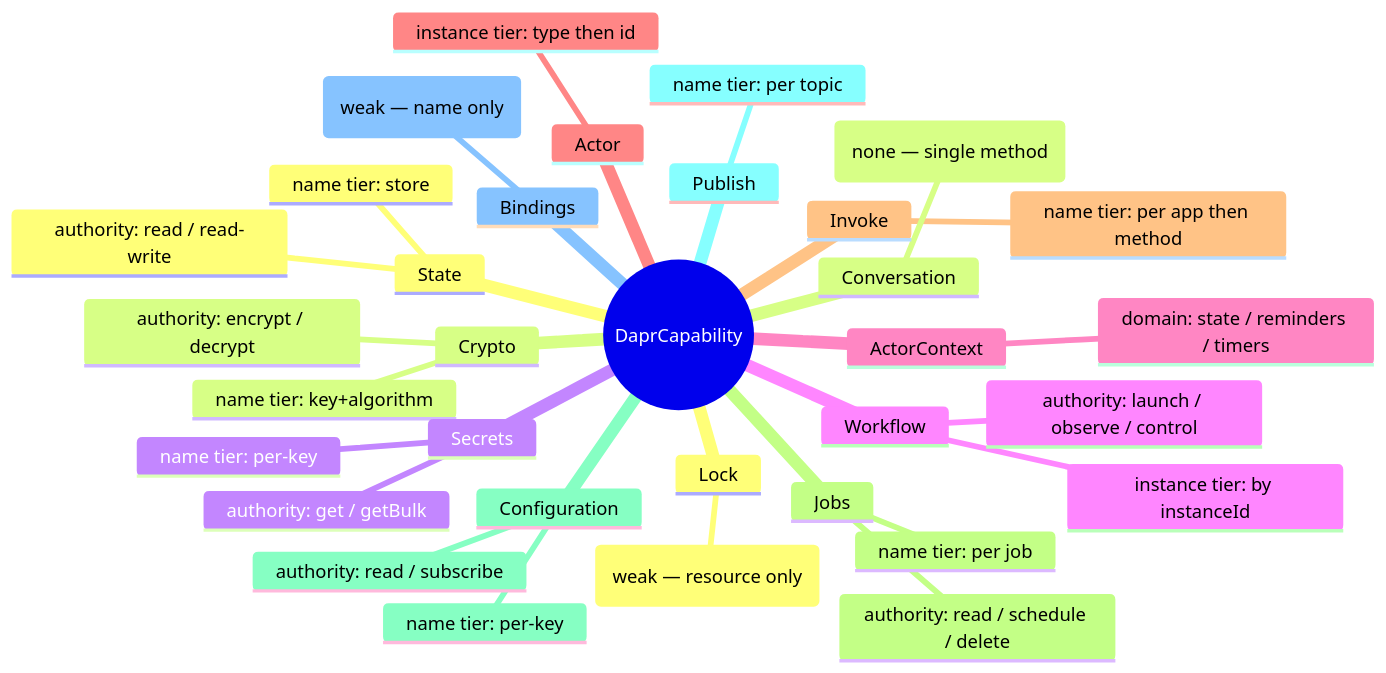
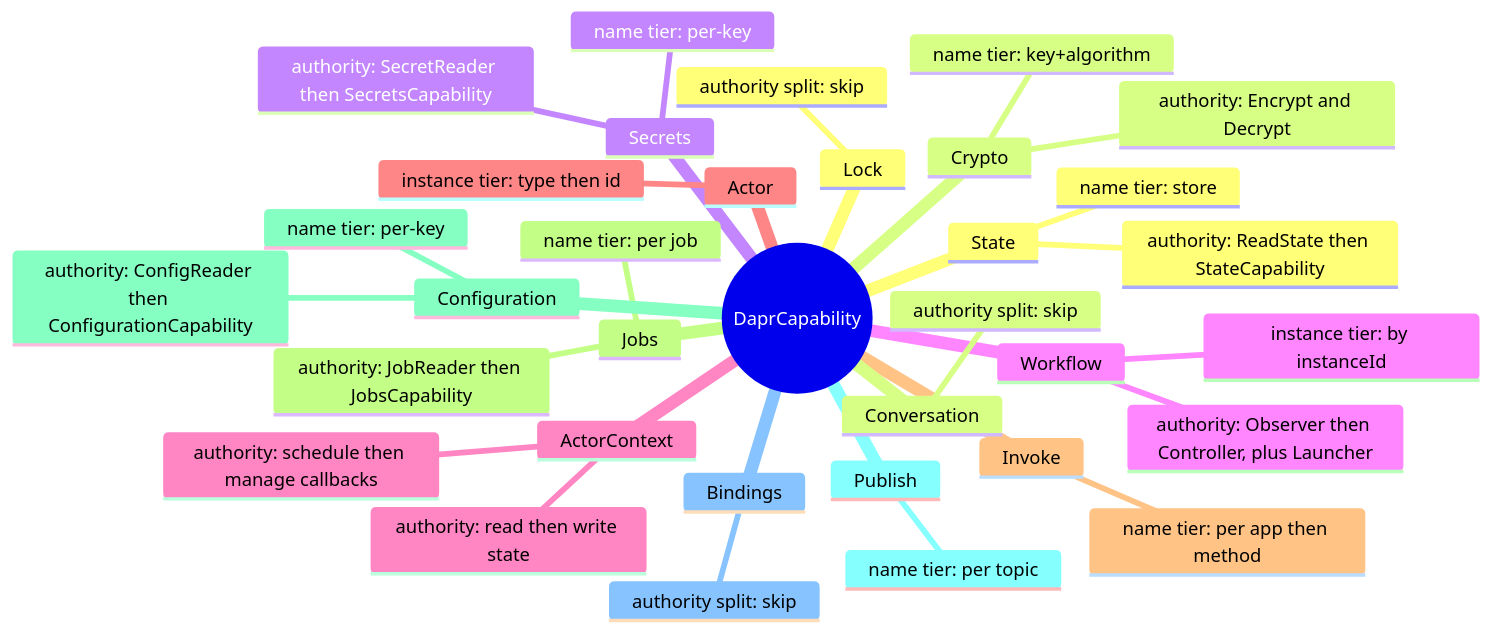
Before and after one commit to sideeffffect/dapr4s: the fifth of 36 diagrams in docs/CAPABILITY-SPLITS.md, drawn with Mermaid. The commit also changed other lines of this file, not shown here.

First line of the commit message:
docs: make read-only-vs-rest the authority-split principle

````diff
--- a/docs/CAPABILITY-SPLITS.md
+++ b/docs/CAPABILITY-SPLITS.md
@@ -110,36 +110,37 @@
 ```mermaid
 mindmap
   root(("DaprCapability"))
     State
       name tier: store
-      authority: read / read-write
+      authority: ReadState then StateCapability
     Crypto
-      authority: encrypt / decrypt
+      authority: Encrypt and Decrypt
       name tier: key+algorithm
     Secrets
-      authority: get / getBulk
+      authority: SecretReader then SecretsCapability
       name tier: per-key
     Workflow
-      authority: launch / observe / control
+      authority: Observer then Controller, plus Launcher
       instance tier: by instanceId
     ActorContext
-      domain: state / reminders / timers
+      authority: read then write state
+      authority: schedule then manage callbacks
     Actor
       instance tier: type then id
     Invoke
       name tier: per app then method
     Jobs
       name tier: per job
-      authority: read / schedule / delete
+      authority: JobReader then JobsCapability
     Configuration
-      authority: read / subscribe
+      authority: ConfigReader then ConfigurationCapability
       name tier: per-key
     Publish
       name tier: per topic
     Bindings
-      (weak — name only)
+      authority split: skip
     Lock
-      (weak — resource only)
+      authority split: skip
     Conversation
-      (none — single method)
+      authority split: skip
 ```
````
